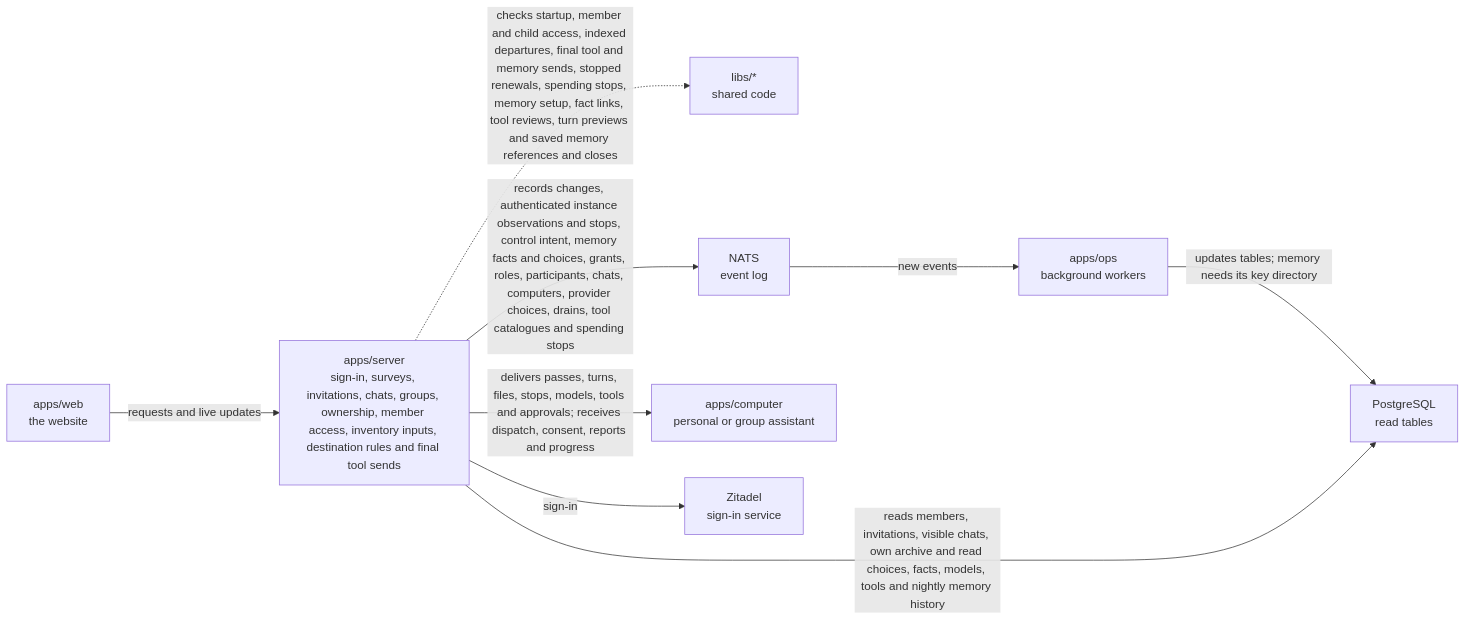
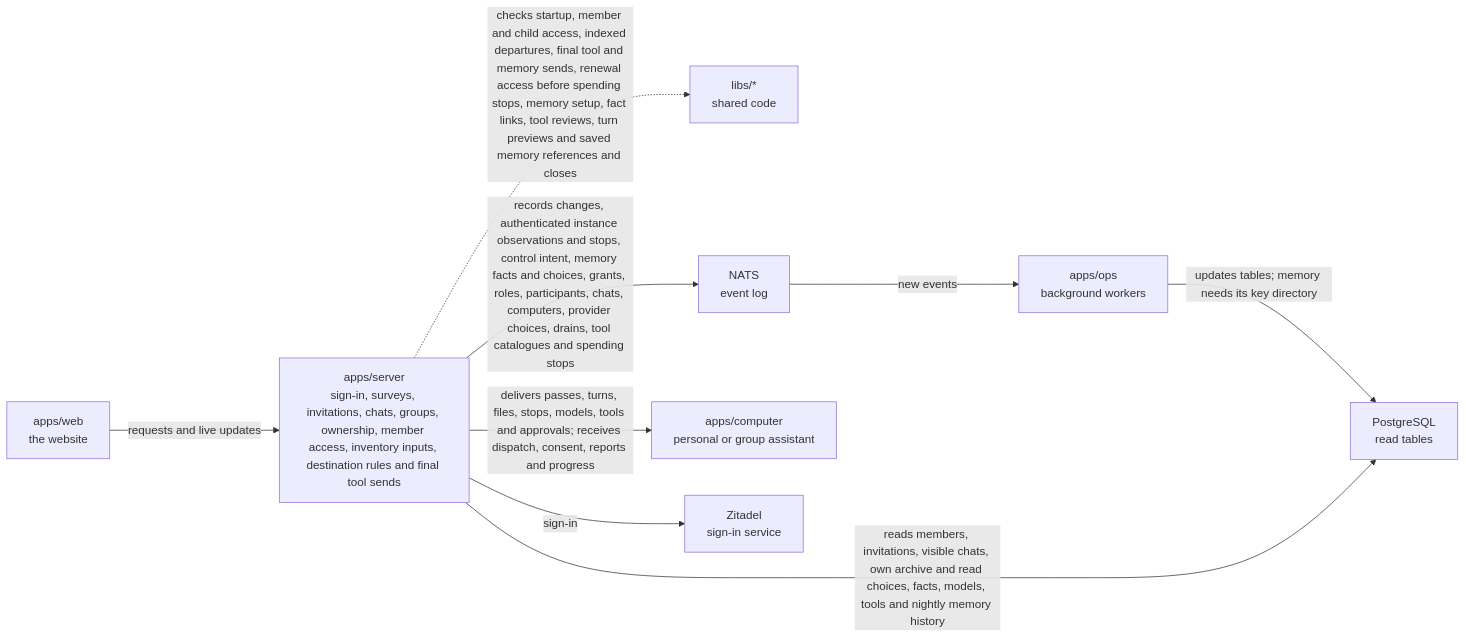
One commit to elewa-git/opencrane-new changed the diagram in apps/server/README.md. Above: the diagram before and after it, drawn with Mermaid. The commit also changed other lines of this file and 7 other files, not shown here.

Commit message:
🔒 Check turn access before reporting spending stops

````diff
--- a/apps/server/README.md
+++ b/apps/server/README.md
@@ -11,11 +11,11 @@
 ```mermaid
 flowchart LR
   web["apps/web<br/>the website"] -->|requests and live updates| server["apps/server<br/>sign-in, surveys, invitations, chats, groups, ownership, member access, inventory inputs, destination rules and final tool sends"]
-  server -.->|checks startup, member and child access, indexed departures, final tool and memory sends, stopped renewals, spending stops, memory setup, fact links, tool reviews, turn previews and saved memory references and closes| libs["libs/*<br/>shared code"]
+  server -.->|checks startup, member and child access, indexed departures, final tool and memory sends, renewal access before spending stops, memory setup, fact links, tool reviews, turn previews and saved memory references and closes| libs["libs/*<br/>shared code"]
   server -->|records changes, authenticated instance observations and stops, control intent, memory facts and choices, grants, roles, participants, chats, computers, provider choices, drains, tool catalogues and spending stops| nats["NATS<br/>event log"]
   nats -->|new events| ops["apps/ops<br/>background workers"]
   ops -->|updates tables; memory needs its key directory| postgres["PostgreSQL<br/>read tables"]
   server -->|reads members, invitations, visible chats, own archive and read choices, facts, models, tools and nightly memory history| postgres
   server -->|delivers passes, turns, files, stops, models, tools and approvals; receives dispatch, consent, reports and progress| computer["apps/computer<br/>personal or group assistant"]
   server -->|sign-in| zitadel["Zitadel<br/>sign-in service"]
 ```
````
